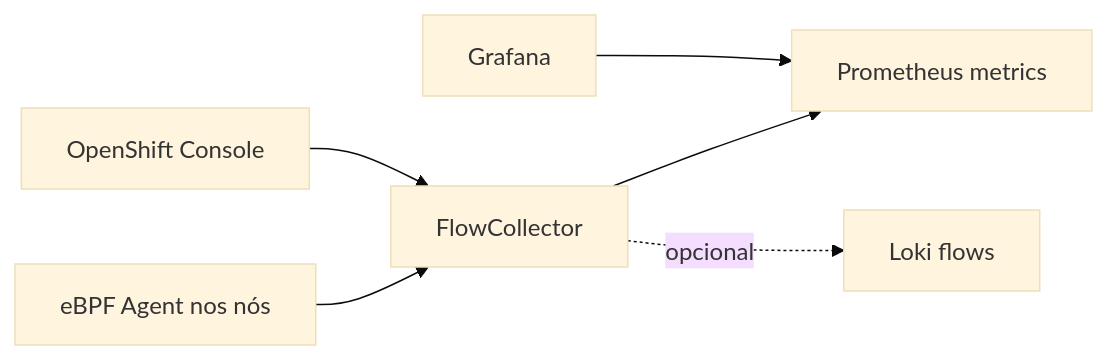
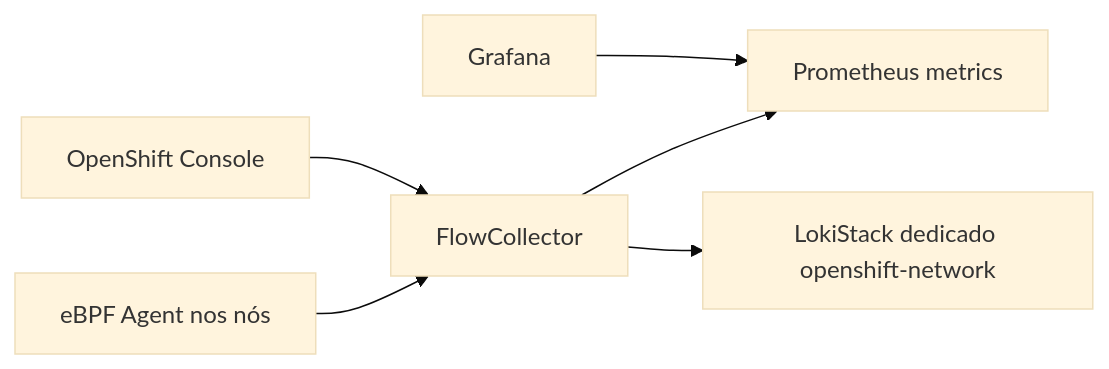
Before and after one commit to thiagobotelho/network-observability-gitops: the diagram in README.md, drawn with Mermaid (base theme). The commit also changed other lines of this file and 9 other files, not shown here.

Commit message:
Configure NetObserv dedicated LokiStack

````diff
--- a/README.md
+++ b/README.md
@@ -25,8 +33,8 @@
 ```mermaid
 flowchart LR
     Node[eBPF Agent nos nós] --> FC[FlowCollector]
     FC --> Metrics[Prometheus metrics]
-    FC -. opcional .-> Loki[Loki flows]
+    FC --> Loki[LokiStack dedicado openshift-network]
     Console[OpenShift Console] --> FC
     Grafana[Grafana] --> Metrics
 ```
````
